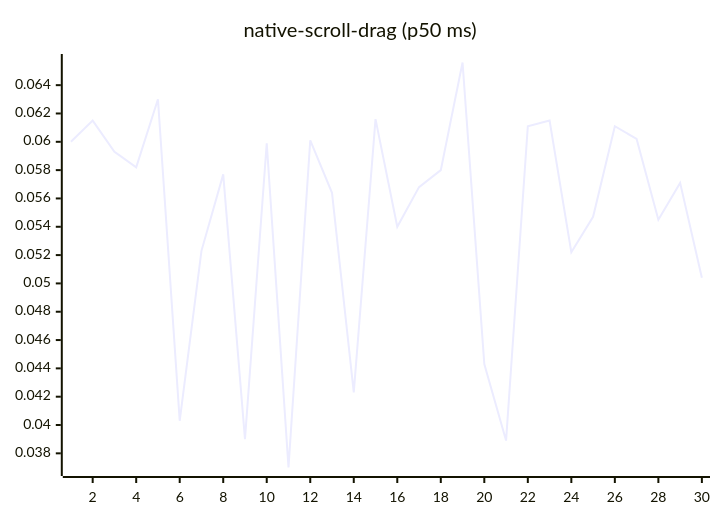
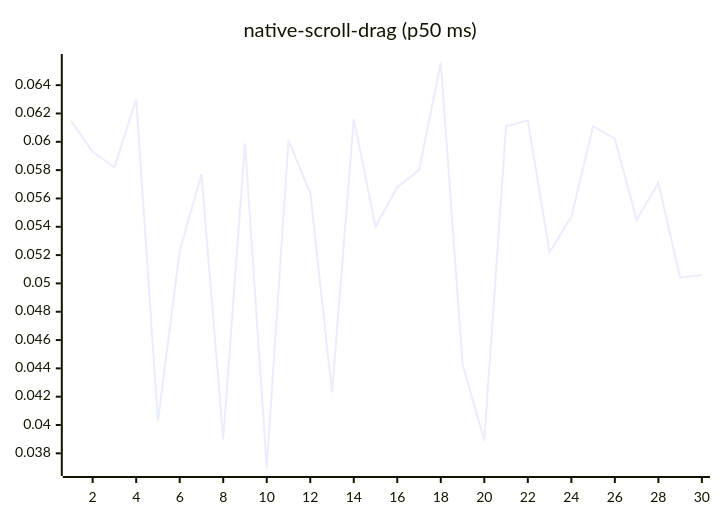
Before and after one commit to josha/Facet: diagram 14 of 27 in README.md, drawn with Mermaid. The commit also changed other lines of this file and 2 other files, not shown here.

````diff
--- a/README.md
+++ b/README.md
@@ -154,6 +154,6 @@
 ```mermaid
 xychart-beta
     title "native-scroll-drag (p50 ms)"
     x-axis 1 --> 30
-    line [0.0600, 0.0615, 0.0593, 0.0582, 0.0630, 0.0403, 0.0523, 0.0577, 0.0390, 0.0599, 0.0370, 0.0601, 0.0564, 0.0423, 0.0616, 0.0540, 0.0568, 0.0580, 0.0656, 0.0443, 0.0389, 0.0611, 0.0615, 0.0522, 0.0547, 0.0611, 0.0602, 0.0545, 0.0571, 0.0504]
+    line [0.0615, 0.0593, 0.0582, 0.0630, 0.0403, 0.0523, 0.0577, 0.0390, 0.0599, 0.0370, 0.0601, 0.0564, 0.0423, 0.0616, 0.0540, 0.0568, 0.0580, 0.0656, 0.0443, 0.0389, 0.0611, 0.0615, 0.0522, 0.0547, 0.0611, 0.0602, 0.0545, 0.0571, 0.0504, 0.0506]
 ```
````
